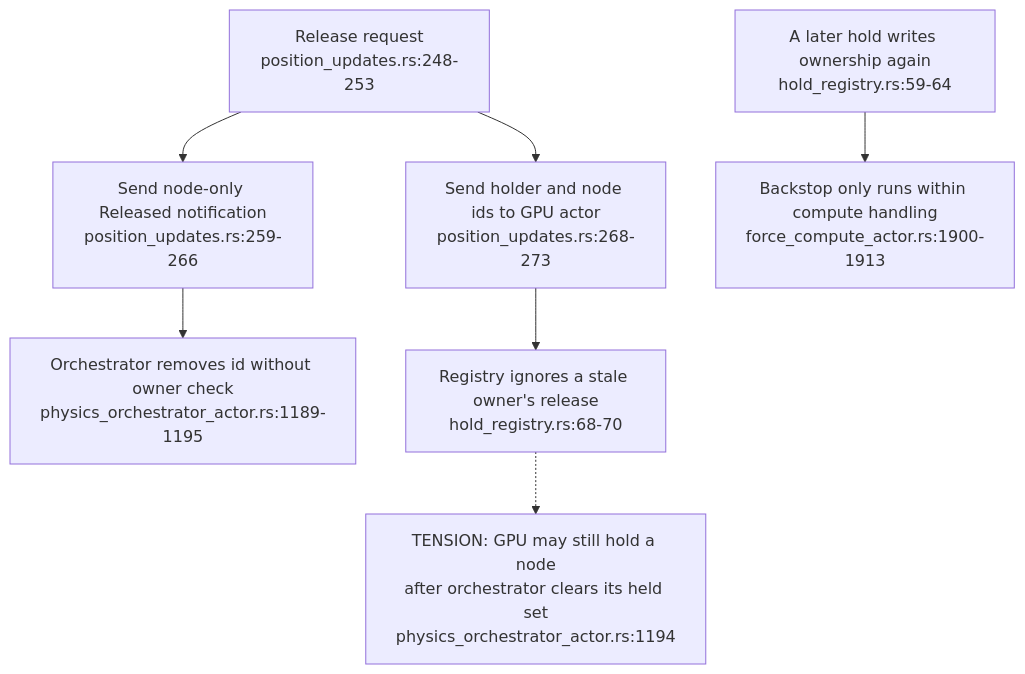
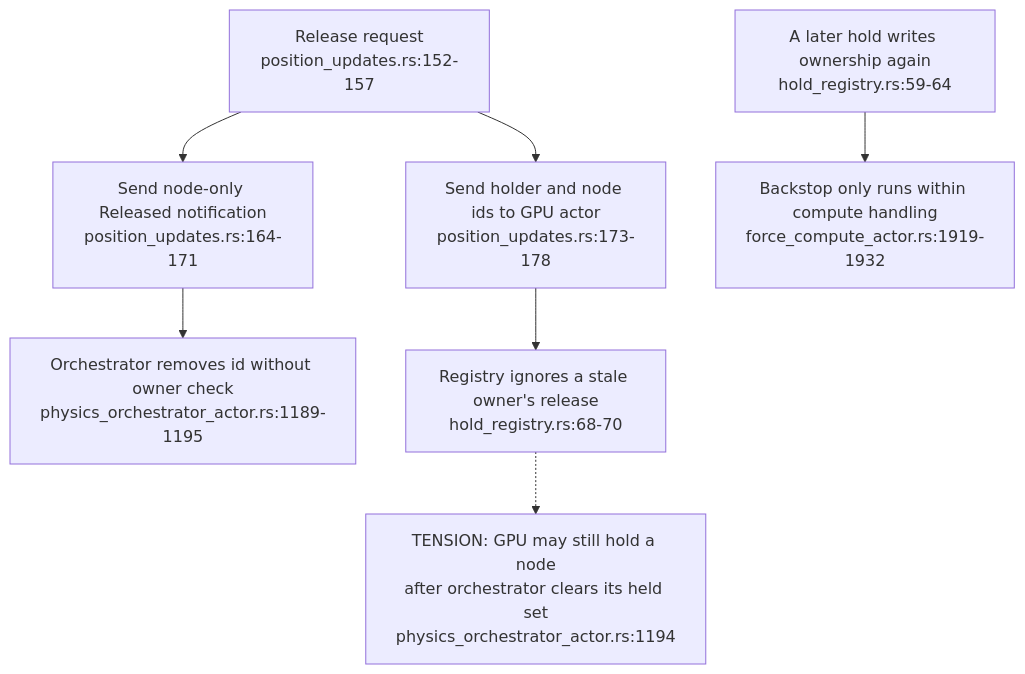
Before and after one commit to DreamLab-AI/VisionFlow: the second of 7 diagrams in docs/diagrams/visionclaw/52-drag-holds-and-observation-gates.md, drawn with Mermaid. The commit also changed other lines of this file and 173 other files, not shown here.

````diff
--- a/docs/diagrams/visionclaw/52-drag-holds-and-observation-gates.md
+++ b/docs/diagrams/visionclaw/52-drag-holds-and-observation-gates.md
@@ -54,9 +55,9 @@
 ```mermaid
 flowchart TD
-    END["Release request<br/>position_updates.rs:248-253"] --> NOTIFY["Send node-only Released notification<br/>position_updates.rs:259-266"]
+    END["Release request<br/>position_updates.rs:152-157"] --> NOTIFY["Send node-only Released notification<br/>position_updates.rs:164-171"]
     NOTIFY --> ORCH["Orchestrator removes id without owner check<br/>physics_orchestrator_actor.rs:1189-1195"]
-    END --> GPU["Send holder and node ids to GPU actor<br/>position_updates.rs:268-273"]
+    END --> GPU["Send holder and node ids to GPU actor<br/>position_updates.rs:173-178"]
     GPU --> OWNER["Registry ignores a stale owner's release<br/>hold_registry.rs:68-70"]
     OWNER -.-> GAP["TENSION: GPU may still hold a node<br/>after orchestrator clears its held set<br/>physics_orchestrator_actor.rs:1194"]
-    LATE["A later hold writes ownership again<br/>hold_registry.rs:59-64"] --> EXPIRE["Backstop only runs within compute handling<br/>force_compute_actor.rs:1900-1913"]
+    LATE["A later hold writes ownership again<br/>hold_registry.rs:59-64"] --> EXPIRE["Backstop only runs within compute handling<br/>force_compute_actor.rs:1919-1932"]
 ```
````
